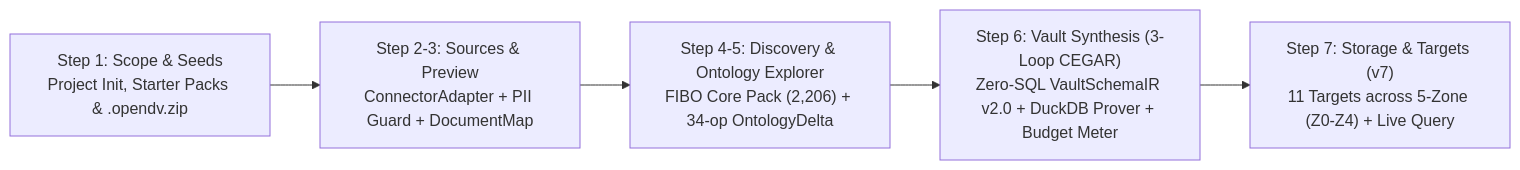
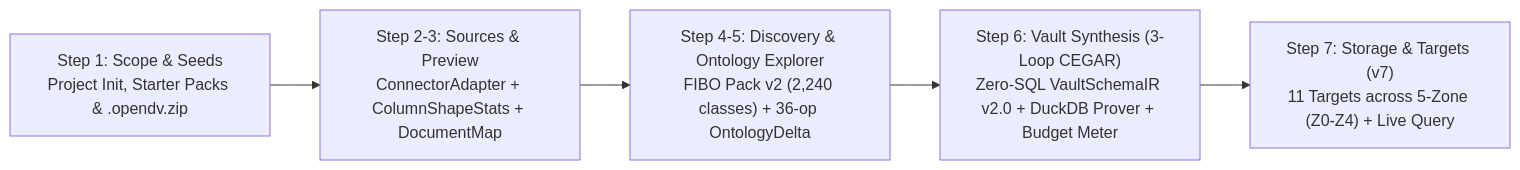
One commit to nogoo9/open-dv changed the diagram in README.md. Above: the diagram before and after it, drawn with Mermaid. The commit also changed other lines of this file and 142 other files, not shown here.

First line of the commit message:
feat(grounding): two-module ontology grounding engine, FIBO Pack v2, sync & component docs (#251)

````diff
--- a/README.md
+++ b/README.md
@@ -31,7 +32,7 @@
 ```mermaid
 flowchart LR
-    S["Step 1: Scope & Seeds<br/>Project Init, Starter Packs & .opendv.zip"] --> B["Step 2-3: Sources & Preview<br/>ConnectorAdapter + PII Guard + DocumentMap"]
-    B --> GA["Step 4-5: Discovery & Ontology Explorer<br/>FIBO Core Pack (2,206) + 34-op OntologyDelta"]
+    S["Step 1: Scope & Seeds<br/>Project Init, Starter Packs & .opendv.zip"] --> B["Step 2-3: Sources & Preview<br/>ConnectorAdapter + ColumnShapeStats + DocumentMap"]
+    B --> GA["Step 4-5: Discovery & Ontology Explorer<br/>FIBO Pack v2 (2,240 classes) + 36-op OntologyDelta"]
     GA --> CEGAR["Step 6: Vault Synthesis (3-Loop CEGAR)<br/>Zero-SQL VaultSchemaIR v2.0 + DuckDB Prover + Budget Meter"]
     CEGAR --> EMIT["Step 7: Storage & Targets (v7)<br/>11 Targets across 5-Zone (Z0-Z4) + Live Query"]
 ```
````
